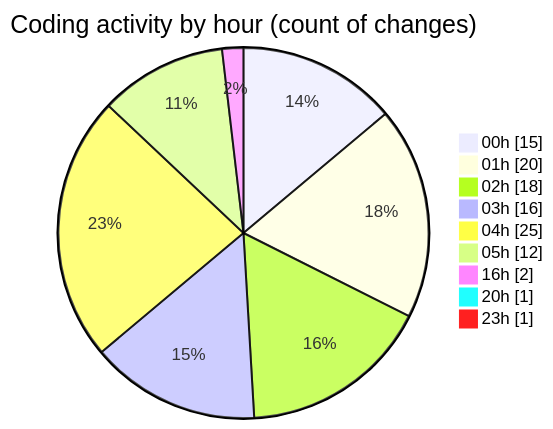
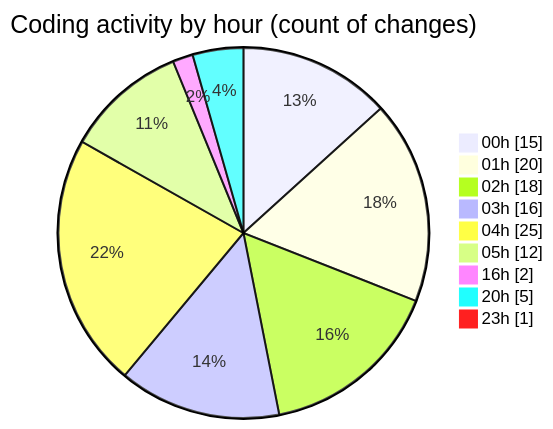
The second of 2 diagrams in 2025-08-04/studybuddy/README.md (lephambinh05/code-tracking), drawn with Mermaid before and after one commit. The commit also changed other lines of this file and 1 other file, not shown here.

````diff
--- a/2025-08-04/studybuddy/README.md
+++ b/2025-08-04/studybuddy/README.md
@@ -56,13 +57,13 @@
 ```mermaid
 pie showData
 title Coding activity by hour (count of changes)
 "00h" : 15
 "01h" : 20
 "02h" : 18
 "03h" : 16
 "04h" : 25
 "05h" : 12
 "16h" : 2
-"20h" : 1
+"20h" : 5
 "23h" : 1
 ```
````
